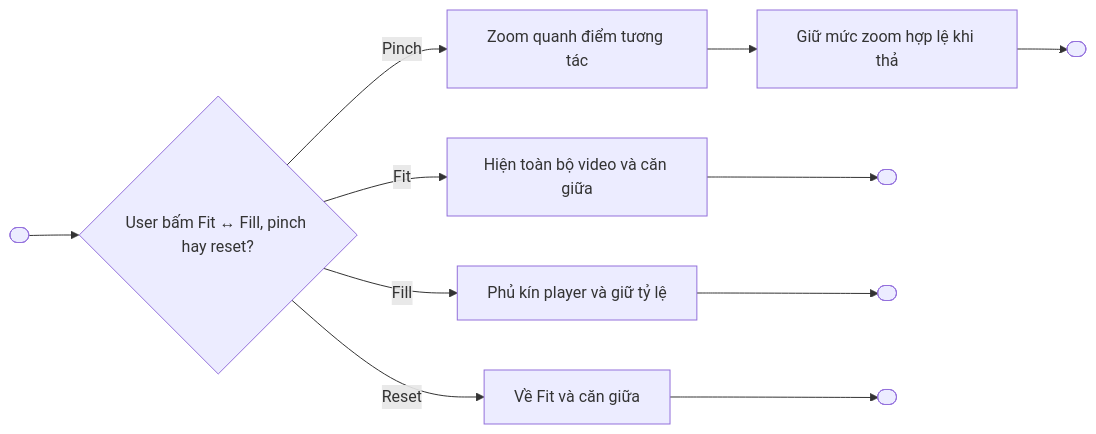
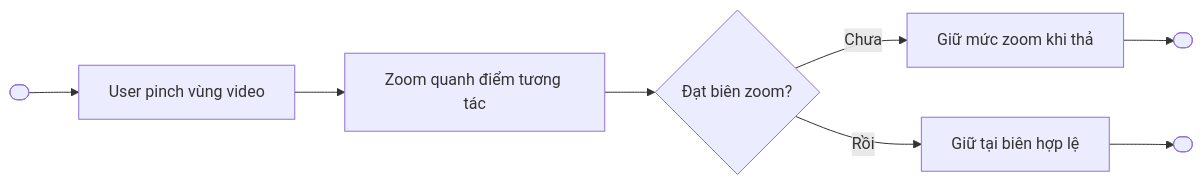
One commit to duongdang1136/FPTPLay changed the fifth of 12 diagrams in features/final-docs/Video-Player/Gesture-Video-Player/product/Gesture-Video-Player-Spec.md. Above: the diagram before and after it, drawn with Mermaid. The commit also changed other lines of this file and 3 other files, not shown here.

````diff
--- a/features/final-docs/Video-Player/Gesture-Video-Player/product/Gesture-Video-Player-Spec.md
+++ b/features/final-docs/Video-Player/Gesture-Video-Player/product/Gesture-Video-Player-Spec.md
@@ -443,13 +405,10 @@
 ```mermaid
 flowchart LR
- Start([" "]) --> A{"User bấm Fit ↔ Fill, pinch hay reset?"}
- A -- Fit --> B["Hiện toàn bộ video và căn giữa"]
- A -- Fill --> C["Phủ kín player và giữ tỷ lệ"]
- A -- Pinch --> D["Zoom quanh điểm tương tác"]
- A -- Reset --> F["Về Fit và căn giữa"]
- D --> E["Giữ mức zoom hợp lệ khi thả"]
- B --> End1([" "])
- C --> End2([" "])
- E --> End3([" "])
- F --> End4([" "])
+ Start([" "]) --> A["User pinch vùng video"]
+ A --> B["Zoom quanh điểm tương tác"]
+ B --> C{"Đạt biên zoom?"}
+ C -- Chưa --> D["Giữ mức zoom khi thả"]
+ C -- Rồi --> E["Giữ tại biên hợp lệ"]
+ D --> End1([" "])
+ E --> End2([" "])
 ```
````
